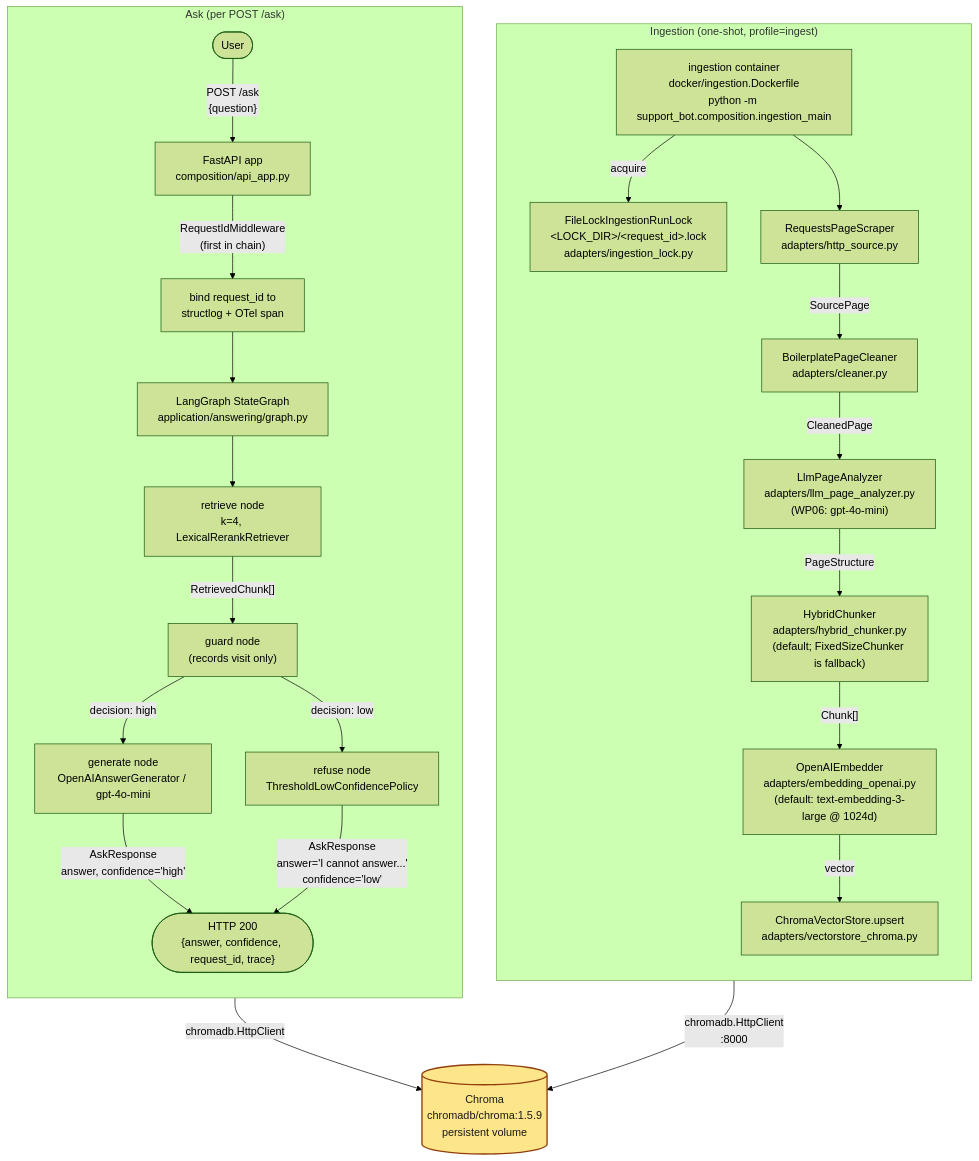
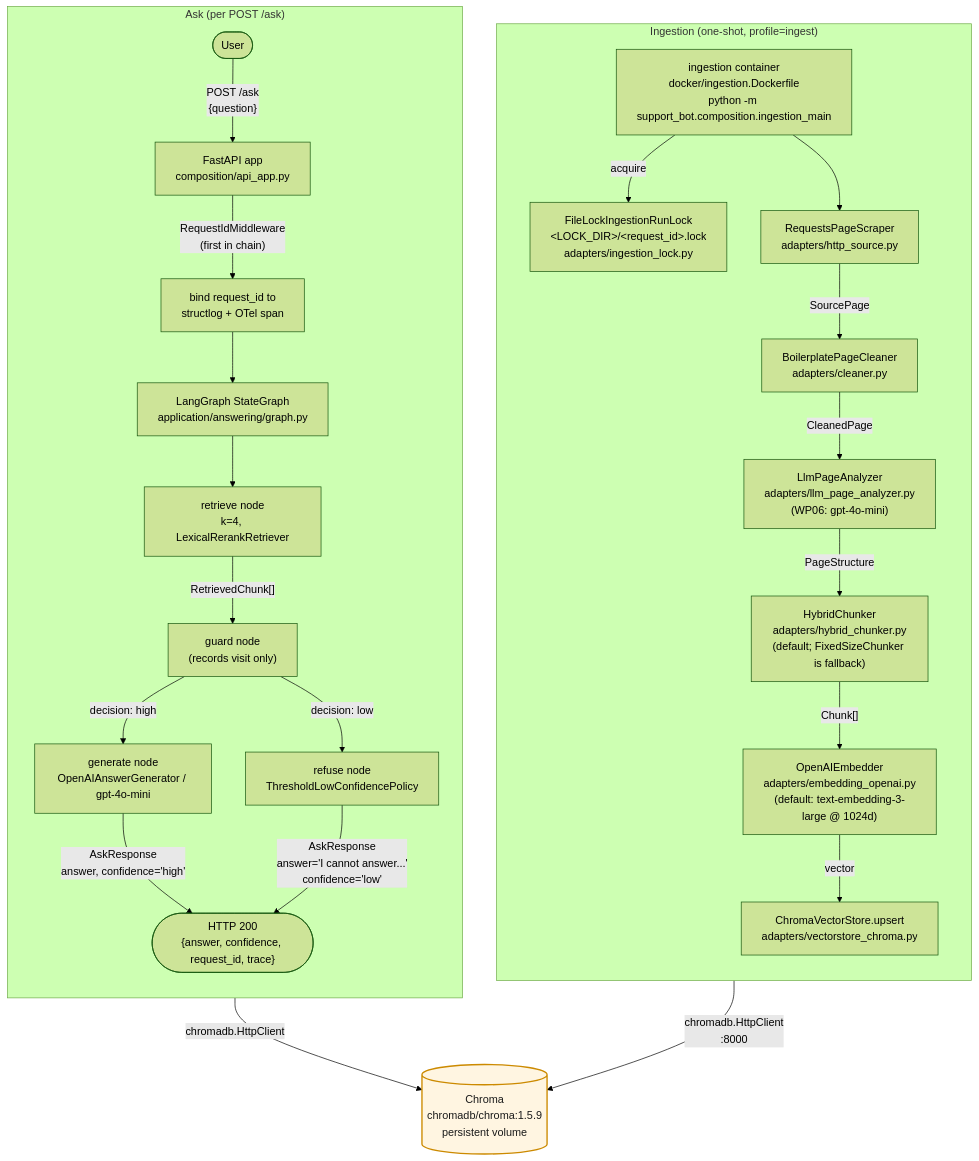
One commit to bruj0/support-agent changed the diagram in docs/architecture/local-flow.md. Above: the diagram before and after it, drawn with Mermaid (forest theme). The commit also changed 3 other files, not shown here.

First line of the commit message:
fix(docs): use Material's --md-mermaid-* CSS variables + white diagram card

````diff
--- a/docs/architecture/local-flow.md
+++ b/docs/architecture/local-flow.md
@@ -20,41 +20,41 @@
 ```mermaid
 flowchart TB
     subgraph ING["Ingestion (one-shot, profile=ingest)"]
         direction TB
         JOB["ingestion container<br/>docker/ingestion.Dockerfile<br/>python -m support_bot.composition.ingestion_main"]
         LOCK["FileLockIngestionRunLock<br/>&lt;LOCK_DIR&gt;/&lt;request_id&gt;.lock<br/>adapters/ingestion_lock.py"]
         SCRAPER["RequestsPageScraper<br/>adapters/http_source.py"]
         CLEANER["BoilerplatePageCleaner<br/>adapters/cleaner.py"]
         ANALYZER["LlmPageAnalyzer<br/>adapters/llm_page_analyzer.py<br/>(WP06: gpt-4o-mini)"]
         CHUNKER["HybridChunker<br/>adapters/hybrid_chunker.py<br/>(default; FixedSizeChunker is fallback)"]
         EMBED["OpenAIEmbedder<br/>adapters/embedding_openai.py<br/>(default: text-embedding-3-large @ 1024d)"]
         UPSERT["ChromaVectorStore.upsert<br/>adapters/vectorstore_chroma.py"]
         JOB -->|"acquire"| LOCK
         JOB --> SCRAPER
         SCRAPER -->|"SourcePage"| CLEANER
         CLEANER -->|"CleanedPage"| ANALYZER
         ANALYZER -->|"PageStructure"| CHUNKER
         CHUNKER -->|"Chunk[]"| EMBED
         EMBED -->|"vector"| UPSERT
     end
 
     subgraph ASK["Ask (per POST /ask)"]
         direction TB
         U(["User"]) -->|"POST /ask<br/>{question}"| API["FastAPI app<br/>composition/api_app.py"]
         API -->|"RequestIdMiddleware<br/>(first in chain)"| MID["bind request_id to<br/>structlog + OTel span"]
         MID --> LG["LangGraph StateGraph<br/>application/answering/graph.py"]
         LG --> RET["retrieve node<br/>k=4, LexicalRerankRetriever"]
         RET -->|"RetrievedChunk[]"| GUARD["guard node<br/>(records visit only)"]
         GUARD -->|"decision: high"| GEN["generate node<br/>OpenAIAnswerGenerator / gpt-4o-mini"]
         GUARD -->|"decision: low"| REF["refuse node<br/>ThresholdLowConfidencePolicy"]
         GEN -->|"AskResponse<br/>answer, confidence='high'"| OUT(["HTTP 200<br/>{answer, confidence, request_id, trace}"])
         REF -->|"AskResponse<br/>answer='I cannot answer...'<br/>confidence='low'"| OUT
     end
 
     UPSERT -->|"chromadb.HttpClient<br/>:8000"| CHROMA[("Chroma<br/>chromadb/chroma:1.5.9<br/>persistent volume")]
     RET -->|"chromadb.HttpClient"| CHROMA
 
-    classDef store fill:#fde68a,stroke:#92400e,stroke-width:2px,color:#1a1a1a;
-    classDef edge fill:#1e40af,stroke:#93c5fd,color:#ffffff;
+    classDef store fill:#fff5e1,stroke:#cc8a00,stroke-width:2px,color:#1a1a1a;
+    classDef edge fill:#1e40af,stroke:#1e3a8a,color:#ffffff;
     class CHROMA store;
 ```
````
